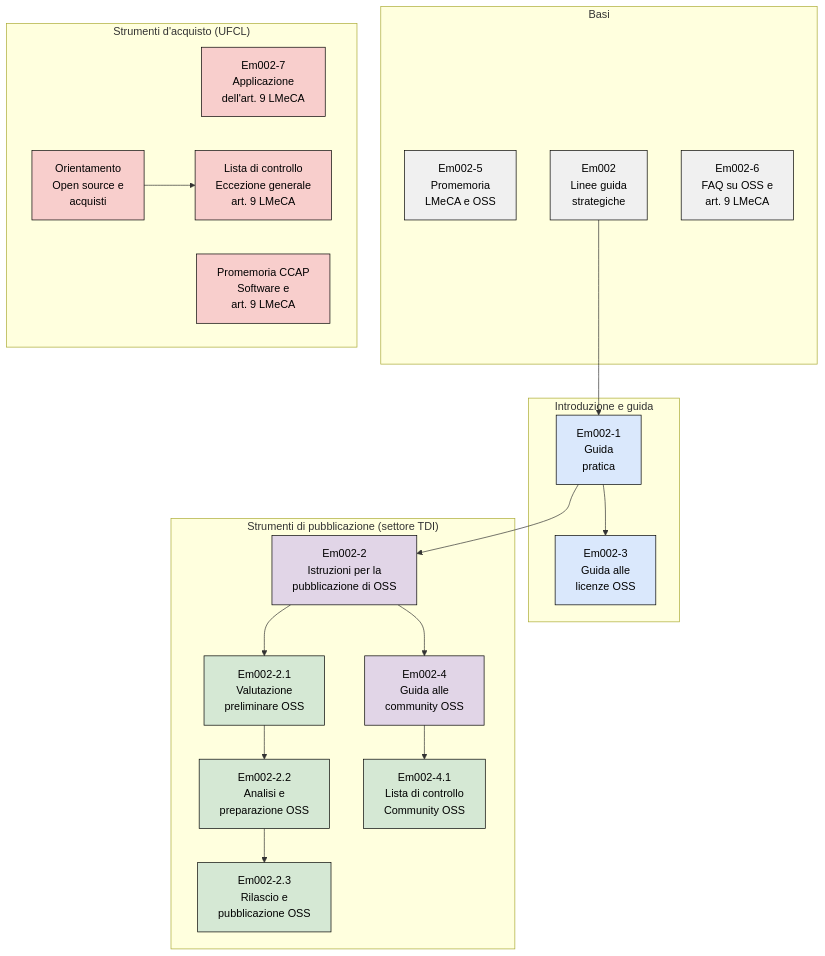
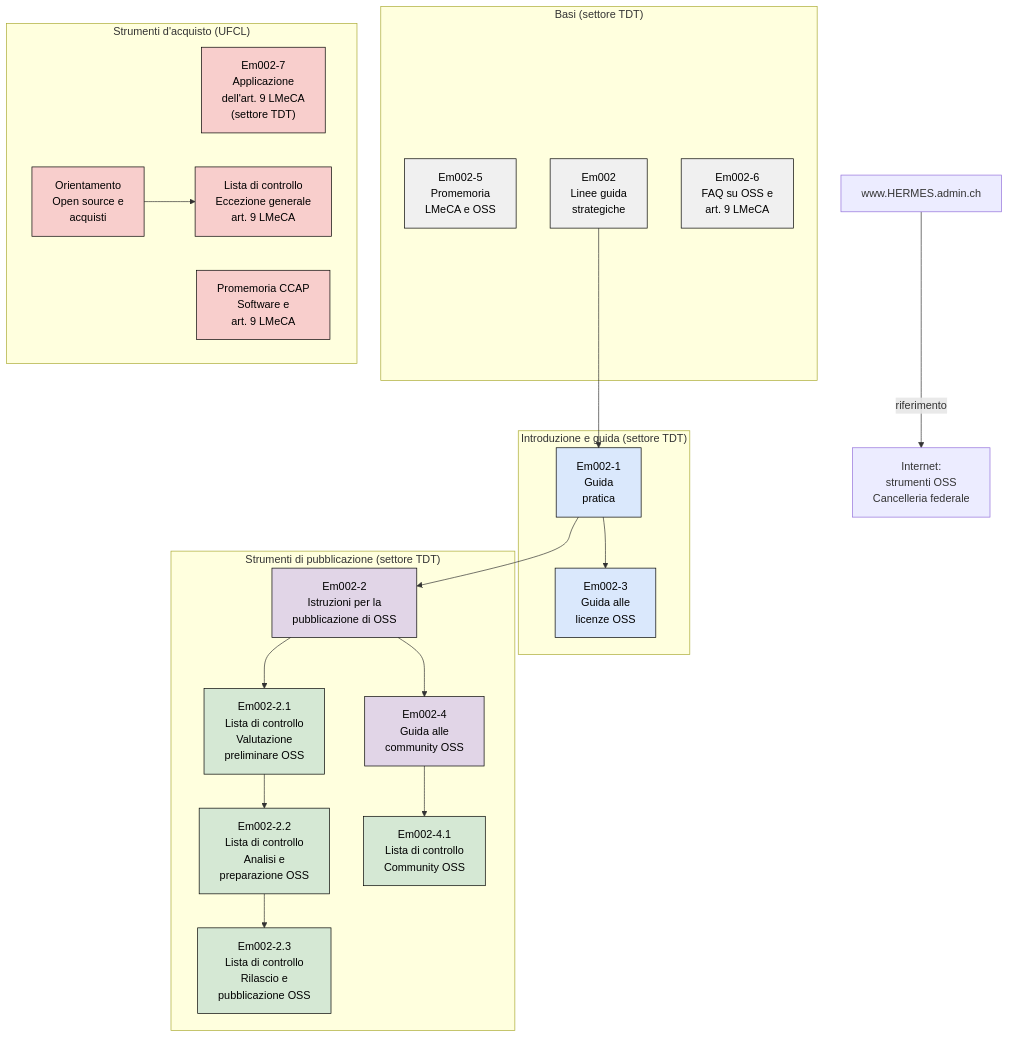
One commit to 736-c41-2c1-e464fc974/opensource-guidelines changed the diagram in docs/partials/document-map.it.adoc. Above: the diagram before and after it, drawn with Mermaid. The commit also changed 5 other files, not shown here.

```diff
--- a/docs/partials/document-map.it.adoc
+++ b/docs/partials/document-map.it.adoc
@@ -2,51 +2,55 @@
 [mermaid,align="center",alt="Panoramica degli strumenti OSS in relazione all'art. 9 LMeCA"]
 ....
 flowchart TD
-    subgraph FUND["Basi"]
+    subgraph FUND["Basi (settore TDT)"]
         EM0025["Em002-5<br/>Promemoria<br/>LMeCA e OSS"]
         EM002["Em002<br/>Linee guida<br/>strategiche"]
         EM0026["Em002-6<br/>FAQ su OSS e<br/>art. 9 LMeCA"]
     end
 
-    subgraph INTRO["Introduzione e guida"]
+    subgraph INTRO["Introduzione e guida (settore TDT)"]
         EM0021["Em002-1<br/>Guida<br/>pratica"]
         EM0023["Em002-3<br/>Guida alle<br/>licenze OSS"]
     end
 
-    subgraph PUB["Strumenti di pubblicazione (settore TDI)"]
+    subgraph PUB["Strumenti di pubblicazione (settore TDT)"]
         EM0022["Em002-2<br/>Istruzioni per la<br/>pubblicazione di OSS"]
         EM0024["Em002-4<br/>Guida alle<br/>community OSS"]
-        CL21["Em002-2.1<br/>Valutazione<br/>preliminare OSS"]
-        CL22["Em002-2.2<br/>Analisi e<br/>preparazione OSS"]
-        CL23["Em002-2.3<br/>Rilascio e<br/>pubblicazione OSS"]
+        CL21["Em002-2.1<br/>Lista di controllo<br/>Valutazione<br/>preliminare OSS"]
+        CL22["Em002-2.2<br/>Lista di controllo<br/>Analisi e<br/>preparazione OSS"]
+        CL23["Em002-2.3<br/>Lista di controllo<br/>Rilascio e<br/>pubblicazione OSS"]
         CL41["Em002-4.1<br/>Lista di controllo<br/>Community OSS"]
     end
 
     subgraph PROC["Strumenti d'acquisto (UFCL)"]
-        EM0027["Em002-7<br/>Applicazione<br/>dell'art. 9 LMeCA"]
+        EM0027["Em002-7<br/>Applicazione<br/>dell'art. 9 LMeCA<br/>(settore TDT)"]
         KBB["Promemoria CCAP<br/>Software e<br/>art. 9 LMeCA"]
         ORI["Orientamento<br/>Open source e<br/>acquisti"]
         CLEX["Lista di controllo<br/>Eccezione generale<br/>art. 9 LMeCA"]
     end
+
+    HERMES["www.HERMES.admin.ch"]
+    FCHOSS["Internet:<br/>strumenti OSS<br/>Cancelleria federale"]
 
     EM002 --> EM0021
     EM0021 --> EM0023
     EM0021 --> EM0022
     EM0022 --> EM0024
     EM0022 --> CL21
     CL21 --> CL22
     CL22 --> CL23
     EM0024 --> CL41
     ORI --> CLEX
+    HERMES -->|"riferimento"| FCHOSS
 
     classDef fund fill:#f0f0f0,stroke:#000000,color:#000000
     classDef intro fill:#dae8fc,stroke:#000000,color:#000000
     classDef pub fill:#e1d5e7,stroke:#000000,color:#000000
     classDef check fill:#d5e8d4,stroke:#000000,color:#000000
     classDef proc fill:#f8cecc,stroke:#000000,color:#000000
     class EM002,EM0025,EM0026 fund
     class EM0021,EM0023 intro
     class EM0022,EM0024 pub
     class CL21,CL22,CL23,CL41 check
     class EM0027,KBB,ORI,CLEX proc
 ....
```
